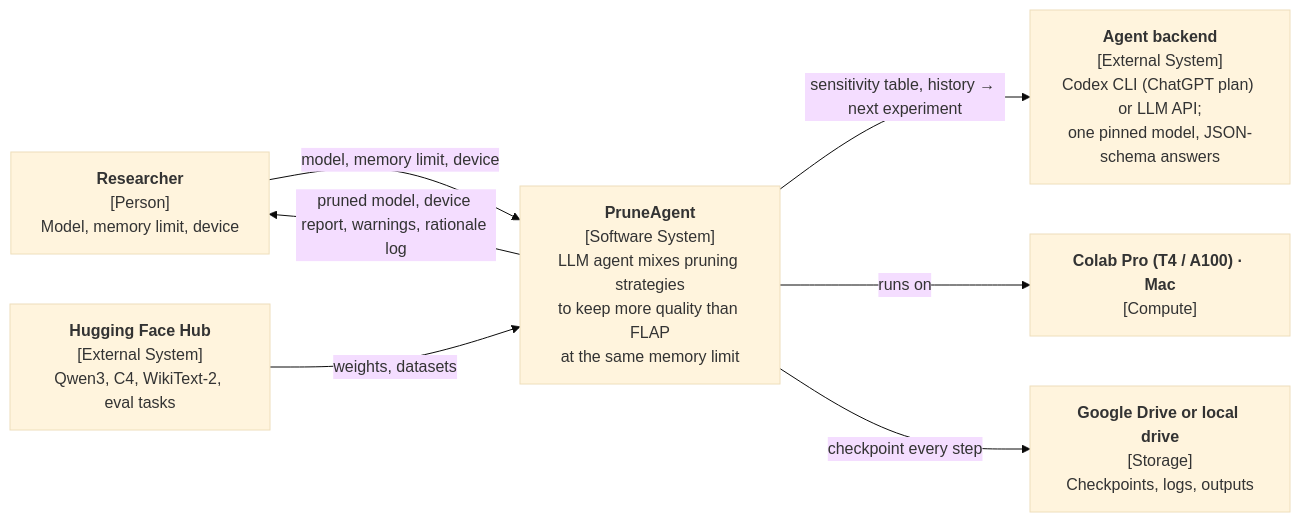
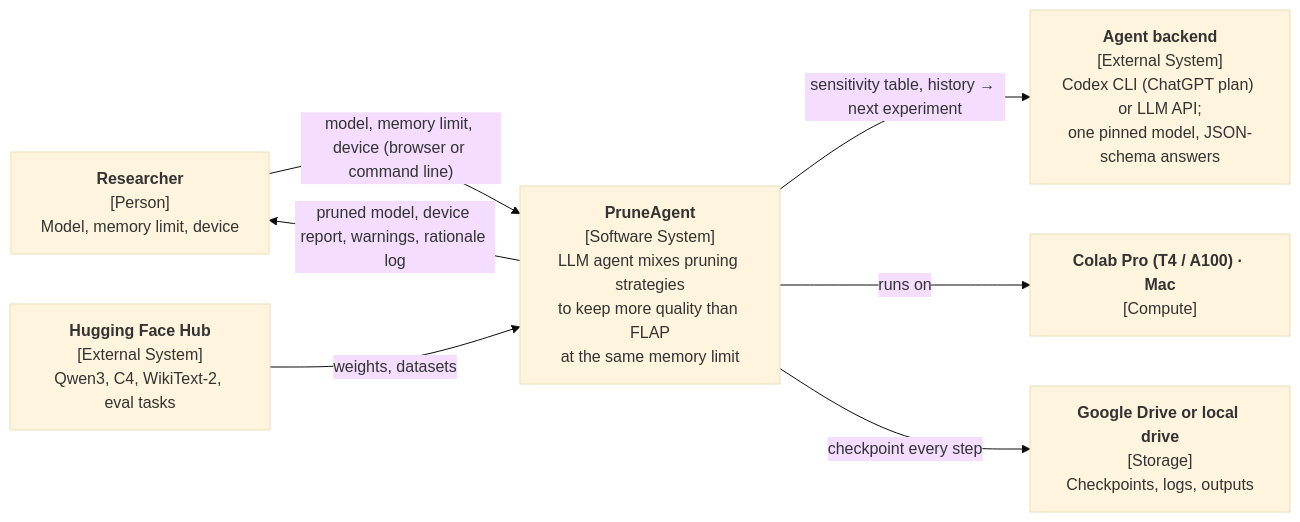
One commit to stephxu96/pruneagent changed the first of 5 diagrams in ARCHITECTURE.md. Above: the diagram before and after it, drawn with Mermaid (base theme). The commit also changed other lines of this file and 1 other file, not shown here.

Commit message:
Architecture v0.9 draft: web application on top of the tools (ADR-008)

````diff
--- a/ARCHITECTURE.md
+++ b/ARCHITECTURE.md
@@ -167,16 +170,16 @@
 ```mermaid
 flowchart LR
     U["<b>Researcher</b><br/>[Person]<br/>Model, memory limit, device"]
     S["<b>PruneAgent</b><br/>[Software System]<br/>LLM agent mixes pruning strategies<br/>to keep more quality than FLAP<br/>at the same memory limit"]
     L["<b>Agent backend</b><br/>[External System]<br/>Codex CLI (ChatGPT plan) or LLM API;<br/>one pinned model, JSON-schema answers"]
     H["<b>Hugging Face Hub</b><br/>[External System]<br/>Qwen3, C4, WikiText-2, eval tasks"]
     C["<b>Colab Pro (T4 / A100) · Mac</b><br/>[Compute]"]
     D["<b>Google Drive or local drive</b><br/>[Storage]<br/>Checkpoints, logs, outputs"]
 
-    U -- "model, memory limit, device" --> S
+    U -- "model, memory limit, device (browser or command line)" --> S
     S -- "pruned model, device report, warnings, rationale log" --> U
     S -- "sensitivity table, history → next experiment" --> L
     H -- "weights, datasets" --> S
     S -- "runs on" --> C
     S -- "checkpoint every step" --> D
 ```
````
